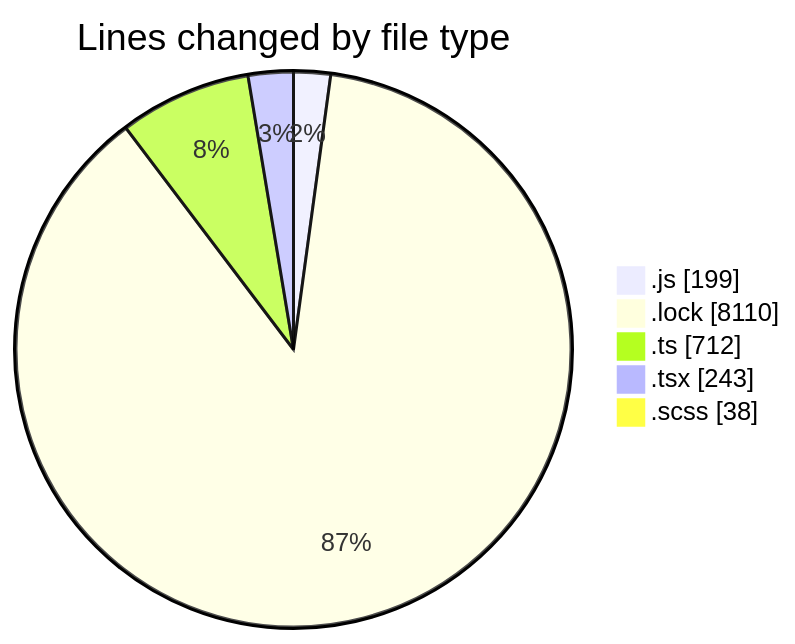
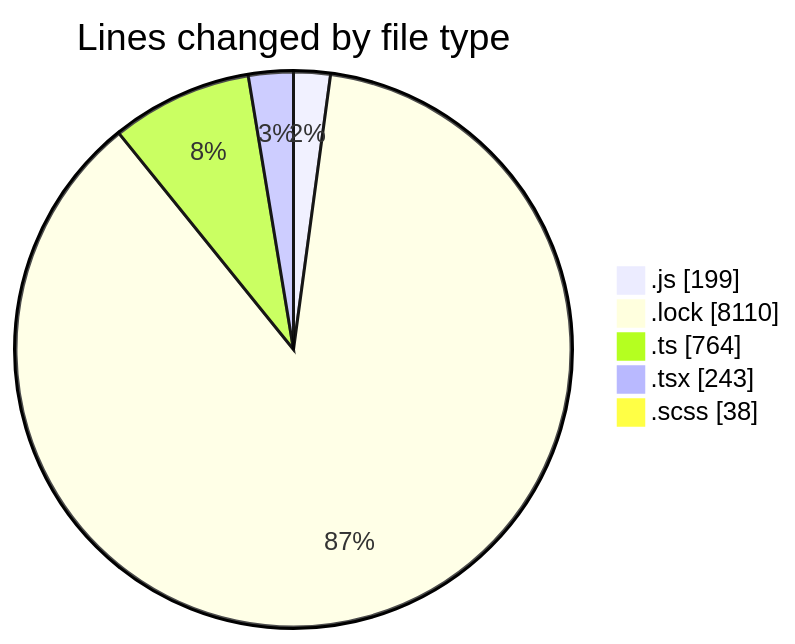
One commit to momahboobian/code-tracking changed the first of 2 diagrams in 2025-02-07/cda/README.md. Above: the diagram before and after it, drawn with Mermaid. The commit also changed other lines of this file and 1 other file, not shown here.

````diff
--- a/2025-02-07/cda/README.md
+++ b/2025-02-07/cda/README.md
@@ -40,9 +42,9 @@
 ```mermaid
 pie showData
 title Lines changed by file type
 ".js" : 199
 ".lock" : 8110
-".ts" : 712
+".ts" : 764
 ".tsx" : 243
 ".scss" : 38
 ```
````
